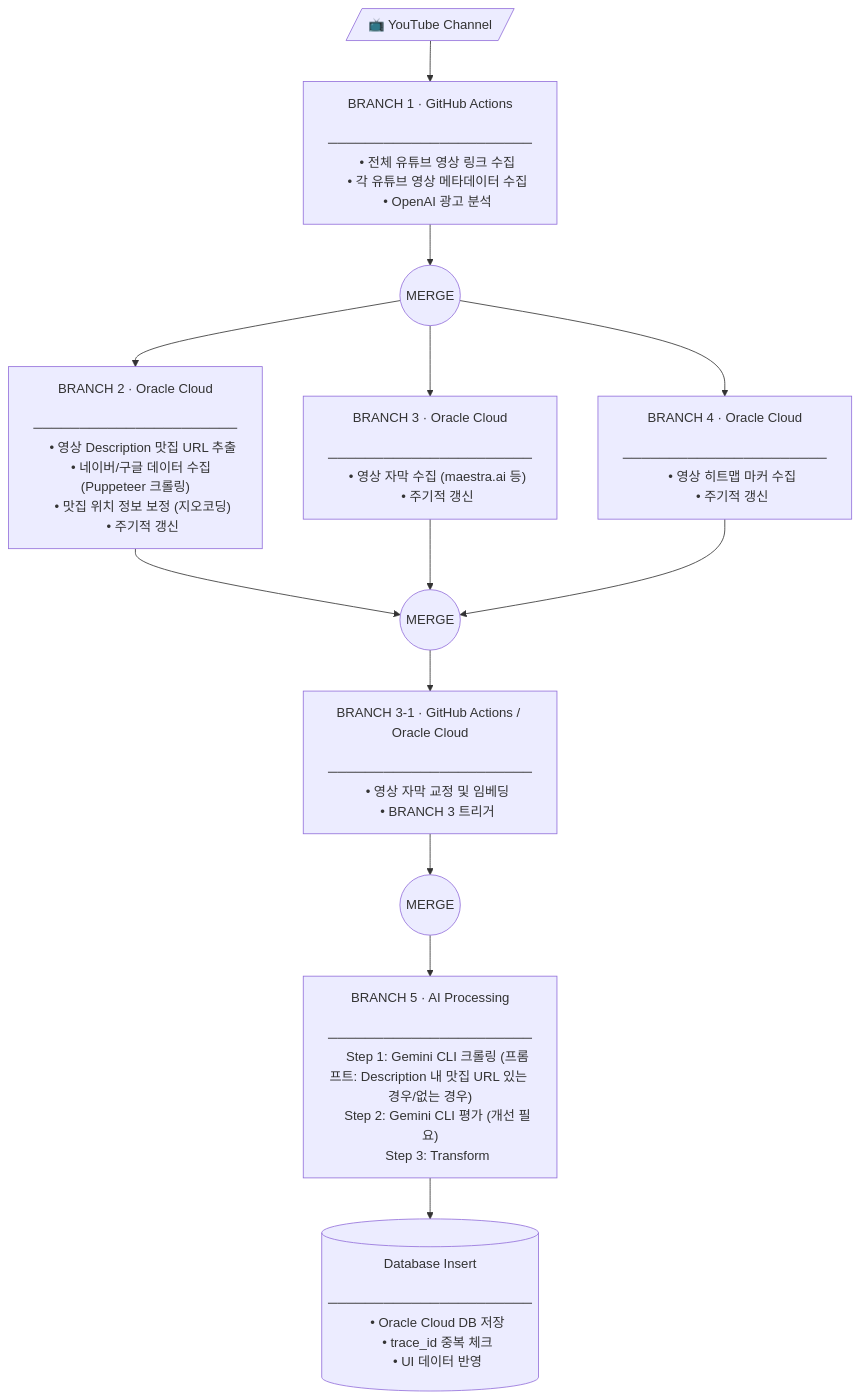
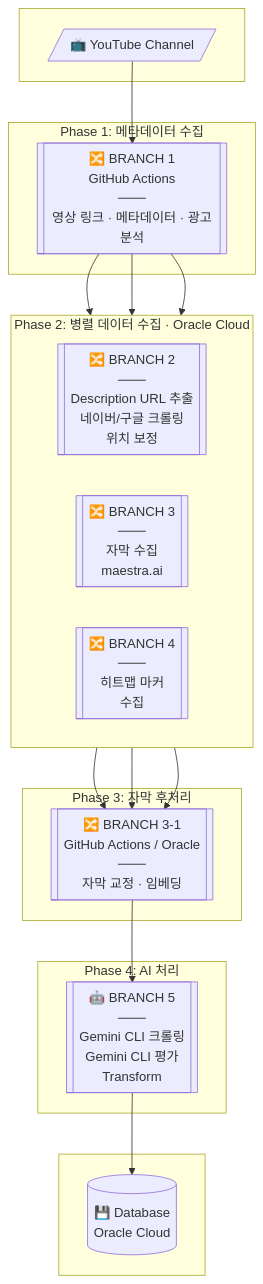
One commit to twoimo/tzudong changed the diagram in backend/tzudong_pipeline_v2.0/README.md. Above: the diagram before and after it, drawn with Mermaid.

Commit message:
UPDATE: Revise README.md to enhance the pipeline flow diagram by organizing branches into distinct phases, improving clarity and readability of the YouTube video processing steps.

````diff
--- a/backend/tzudong_pipeline_v2.0/README.md
+++ b/backend/tzudong_pipeline_v2.0/README.md
@@ -108,59 +108,35 @@
 ```mermaid
 flowchart TD
-    YT[/"📺 YouTube Channel"/]
+    subgraph INPUT[" "]
+        YT[/"📺 YouTube Channel"/]
+    end
 
-    B1["BRANCH 1 · GitHub Actions
-    ──────────────────────
-    • 전체 유튜브 영상 링크 수집
-    • 각 유튜브 영상 메타데이터 수집
-    • OpenAI 광고 분석"]
+    subgraph PHASE1["Phase 1: 메타데이터 수집"]
+        B1[["🔀 BRANCH 1<br/>GitHub Actions<br/>───<br/>영상 링크 · 메타데이터 · 광고분석"]]
+    end
 
-    M1(("MERGE"))
+    subgraph PHASE2["Phase 2: 병렬 데이터 수집 · Oracle Cloud"]
+        direction LR
+        B2[["🔀 BRANCH 2<br/>───<br/>Description URL 추출<br/>네이버/구글 크롤링<br/>위치 보정"]]
+        B3[["🔀 BRANCH 3<br/>───<br/>자막 수집<br/>maestra.ai"]]
+        B4[["🔀 BRANCH 4<br/>───<br/>히트맵 마커<br/>수집"]]
+    end
 
-    B2["BRANCH 2 · Oracle Cloud
-    ──────────────────────
-    • 영상 Description 맛집 URL 추출
-    • 네이버/구글 데이터 수집 (Puppeteer 크롤링)
-    • 맛집 위치 정보 보정 (지오코딩)
-    • 주기적 갱신"]
+    subgraph PHASE3["Phase 3: 자막 후처리"]
+        B3_1[["🔀 BRANCH 3-1<br/>GitHub Actions / Oracle<br/>───<br/>자막 교정 · 임베딩"]]
+    end
 
-    B3["BRANCH 3 · Oracle Cloud
-    ──────────────────────
-    • 영상 자막 수집 (maestra.ai 등)
-    • 주기적 갱신"]
+    subgraph PHASE4["Phase 4: AI 처리"]
+        B5[["🤖 BRANCH 5<br/>───<br/>Gemini CLI 크롤링<br/>Gemini CLI 평가<br/>Transform"]]
+    end
 
-    B4["BRANCH 4 · Oracle Cloud
-    ──────────────────────
-    • 영상 히트맵 마커 수집
-    • 주기적 갱신"]
+    subgraph OUTPUT[" "]
+        DB[(💾 Database<br/>Oracle Cloud)]
+    end
 
-    M2(("MERGE"))
-
-    B3_1["BRANCH 3-1 · GitHub Actions / Oracle Cloud
-    ──────────────────────
-    • 영상 자막 교정 및 임베딩
-    • BRANCH 3 트리거"]
-
-    M3(("MERGE"))
-
-    B5["BRANCH 5 · AI Processing
-    ──────────────────────
-    Step 1: Gemini CLI 크롤링 (프롬프트: Description 내 맛집 URL 있는 경우/없는 경우)
-    Step 2: Gemini CLI 평가 (개선 필요)
-    Step 3: Transform"]
-
-    DB[("Database Insert
-    ──────────────────────
-    • Oracle Cloud DB 저장
-    • trace_id 중복 체크
-    • UI 데이터 반영")]
-
-    YT --> B1 --> M1
-    M1 --> B2
-    M1 --> B3
-    M1 --> B4
-    B2 --> M2
-    B3 --> M2
-    B4 --> M2
-    M2 --> B3_1 --> M3 --> B5 --> DB
+    YT --> B1
+    B1 --> B2 & B3 & B4
+    B2 & B3 & B4 --> B3_1
+    B3_1 --> B5
+    B5 --> DB
 ```
````
